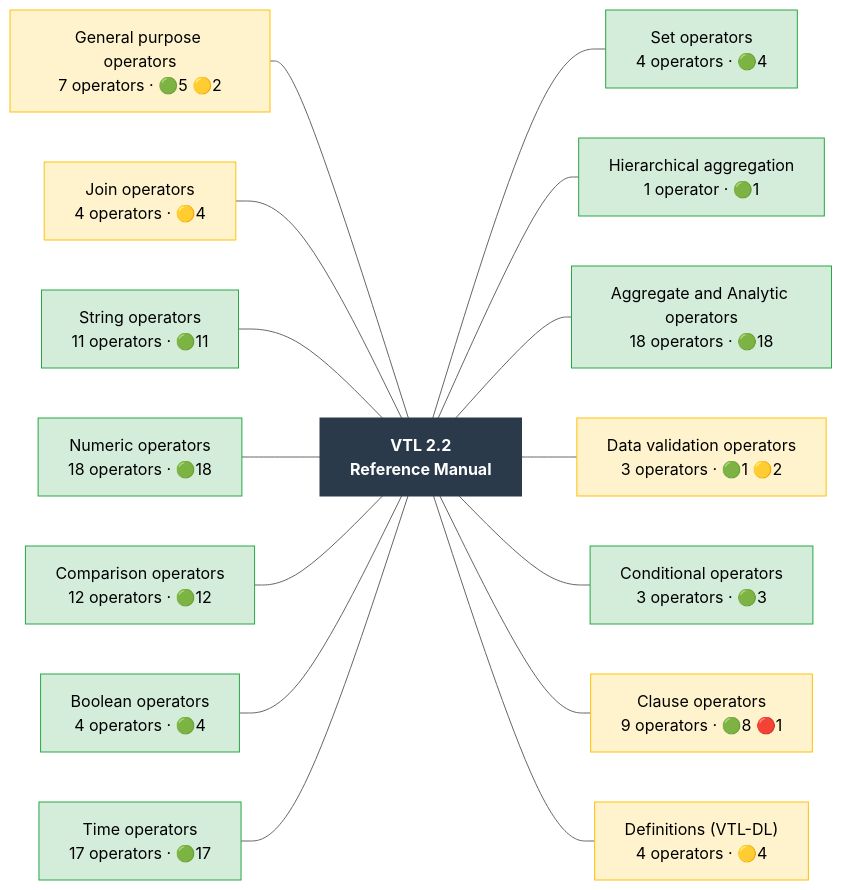
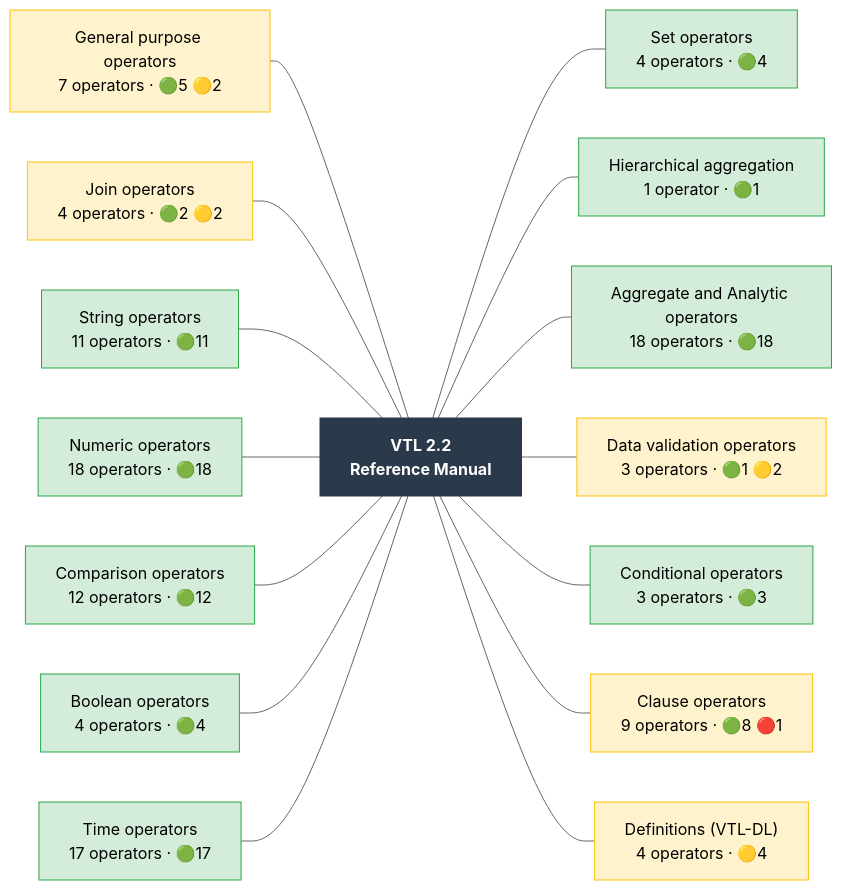
One commit to Meaningful-Data/vtlengine changed the diagram in docs/operator_map/overview.rst. Above: the diagram before and after it, drawn with Mermaid (neutral theme). The commit also changed other lines of this file and 133 other files, not shown here.

```diff
--- a/docs/operator_map/overview.rst
+++ b/docs/operator_map/overview.rst
@@ -17,54 +17,54 @@
 .. mermaid::
    :config: {"flowchart": {"useMaxWidth": false}}
 
    flowchart LR
        classDef ok fill:#d4edda,stroke:#28a745,color:#000
        classDef partial fill:#fff3cd,stroke:#ffc107,color:#000
        classDef refused fill:#d4edda,stroke:#28a745,stroke-width:3px,stroke-dasharray: 2 2,color:#000
        classDef missing fill:#f8d7da,stroke:#dc3545,color:#000
        classDef diverge fill:#cce5ff,stroke:#007bff,color:#000
        classDef block fill:#2b3a4a,stroke:#2b3a4a,color:#fff,font-weight:bold
        classDef ext fill:#fff,stroke:#666,color:#000,stroke-dasharray: 5 5
        R["VTL 2.2<br/>Reference Manual"]:::block
        chapter__general["General purpose operators<br/>7 operators · 🟢5 🟡2"]:::partial
-       chapter__join["Join operators<br/>4 operators · 🟡4"]:::partial
+       chapter__join["Join operators<br/>4 operators · 🟢2 🟡2"]:::partial
        chapter__string["String operators<br/>11 operators · 🟢11"]:::ok
        chapter__numeric["Numeric operators<br/>18 operators · 🟢18"]:::ok
        chapter__comparison["Comparison operators<br/>12 operators · 🟢12"]:::ok
        chapter__boolean["Boolean operators<br/>4 operators · 🟢4"]:::ok
        chapter__time["Time operators<br/>17 operators · 🟢17"]:::ok
        chapter__set["Set operators<br/>4 operators · 🟢4"]:::ok
        chapter__hierarchy["Hierarchical aggregation<br/>1 operator · 🟢1"]:::ok
        chapter__aggregate["Aggregate and Analytic operators<br/>18 operators · 🟢18"]:::ok
        chapter__validation["Data validation operators<br/>3 operators · 🟢1 🟡2"]:::partial
        chapter__conditional["Conditional operators<br/>3 operators · 🟢3"]:::ok
        chapter__clause["Clause operators<br/>9 operators · 🟢8 🔴1"]:::partial
        chapter__definitions["Definitions (VTL-DL)<br/>4 operators · 🟡4"]:::partial
        chapter__general --- R
        chapter__join --- R
        chapter__string --- R
        chapter__numeric --- R
        chapter__comparison --- R
        chapter__boolean --- R
        chapter__time --- R
        R --- chapter__set
        R --- chapter__hierarchy
        R --- chapter__aggregate
        R --- chapter__validation
        R --- chapter__conditional
        R --- chapter__clause
        R --- chapter__definitions
        click chapter__general href "general/index.html"
        click chapter__join href "join/index.html"
        click chapter__string href "string/index.html"
        click chapter__numeric href "numeric/index.html"
        click chapter__comparison href "comparison/index.html"
        click chapter__boolean href "boolean/index.html"
        click chapter__time href "time/index.html"
        click chapter__set href "set/index.html"
        click chapter__hierarchy href "hierarchy/index.html"
        click chapter__aggregate href "aggregate/index.html"
        click chapter__validation href "validation/index.html"
        click chapter__conditional href "conditional/index.html"
        click chapter__clause href "clause/index.html"
        click chapter__definitions href "definitions/index.html"
```
